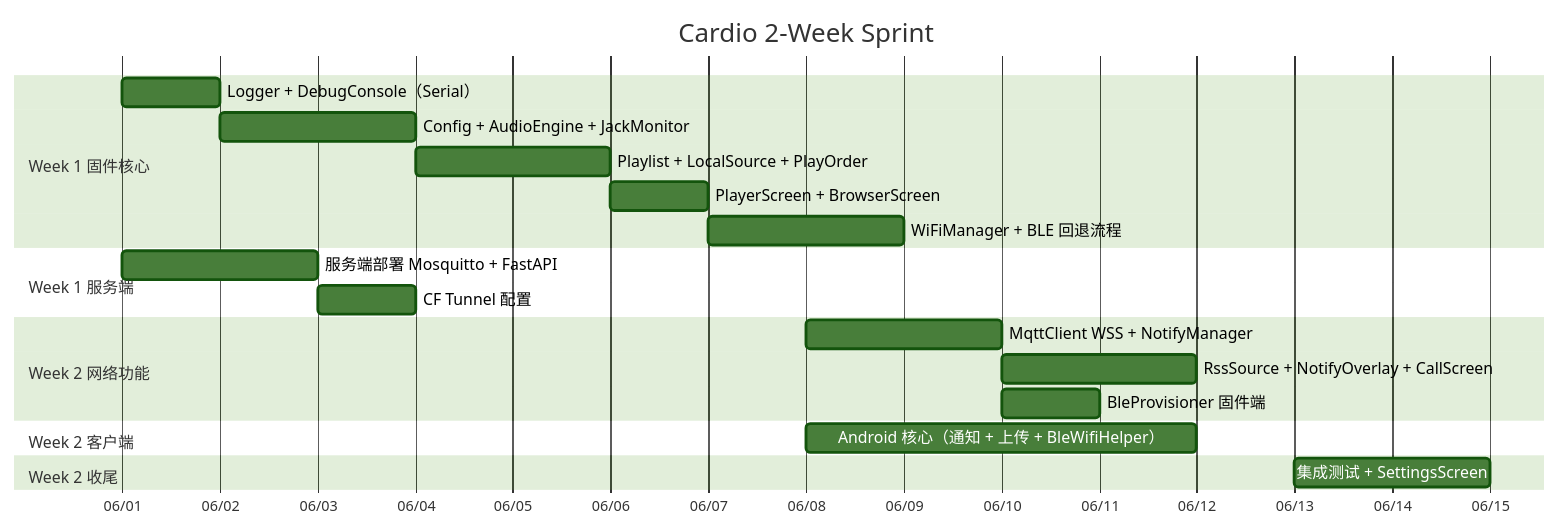
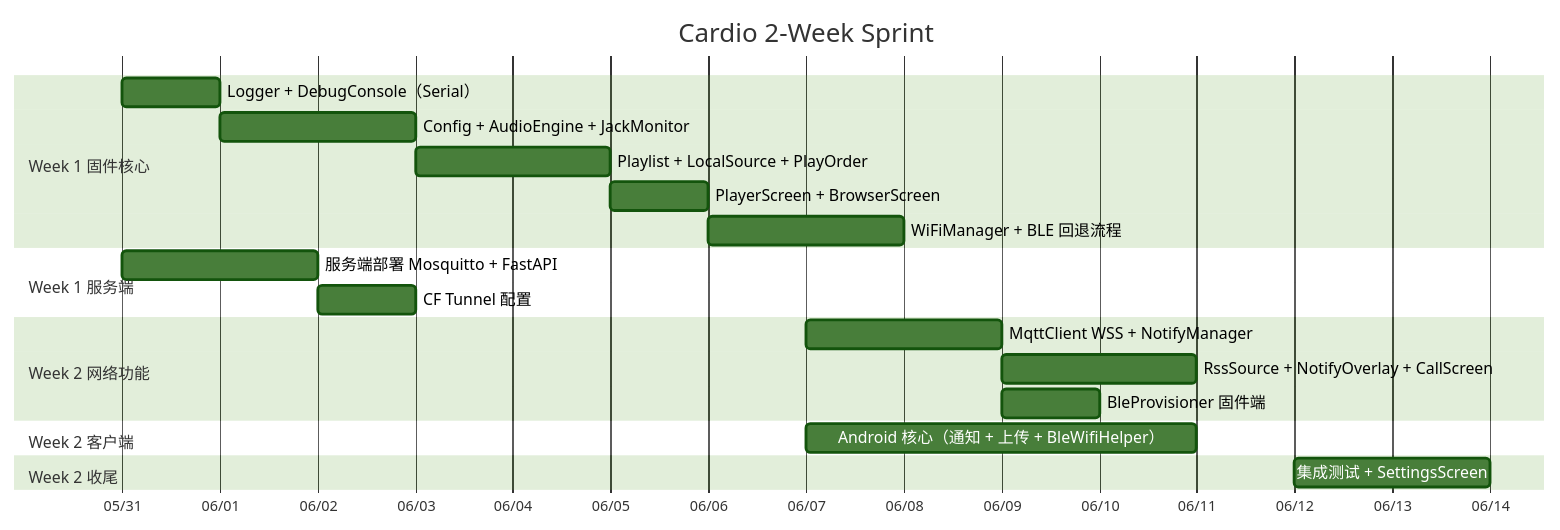
One commit to ZUENS2020/Cardio changed the diagram in Cardio/PLAN.md. Above: the diagram before and after it, drawn with Mermaid (forest theme).

Commit message:
chore: shift sprint start date to 2026-05-31

````diff
--- a/Cardio/PLAN.md
+++ b/Cardio/PLAN.md
@@ -67,28 +67,28 @@
 ```mermaid
 gantt
     title Cardio 2-Week Sprint
     dateFormat  YYYY-MM-DD
     axisFormat  %m/%d
 
     section Week 1 固件核心
-    Logger + DebugConsole（Serial）      :w1a0, 2026-06-01, 1d
+    Logger + DebugConsole（Serial）      :w1a0, 2026-05-31, 1d
     Config + AudioEngine + JackMonitor   :w1a, after w1a0, 2d
     Playlist + LocalSource + PlayOrder   :w1b, after w1a, 2d
     PlayerScreen + BrowserScreen         :w1c, after w1b, 1d
     WiFiManager + BLE 回退流程           :w1d, after w1c, 2d
 
     section Week 1 服务端
-    服务端部署 Mosquitto + FastAPI        :s1, 2026-06-01, 2d
+    服务端部署 Mosquitto + FastAPI        :s1, 2026-05-31, 2d
     CF Tunnel 配置                       :s2, after s1, 1d
 
     section Week 2 网络功能
-    MqttClient WSS + NotifyManager       :w2a, 2026-06-08, 2d
+    MqttClient WSS + NotifyManager       :w2a, 2026-06-07, 2d
     RssSource + NotifyOverlay + CallScreen :w2b, after w2a, 2d
     BleProvisioner 固件端                :w2c, after w2a, 1d
 
     section Week 2 客户端
-    Android 核心（通知 + 上传 + BleWifiHelper） :a1, 2026-06-08, 4d
+    Android 核心（通知 + 上传 + BleWifiHelper） :a1, 2026-06-07, 4d
 
     section Week 2 收尾
-    集成测试 + SettingsScreen            :t1, 2026-06-13, 2d
+    集成测试 + SettingsScreen            :t1, 2026-06-12, 2d
 ```
````
